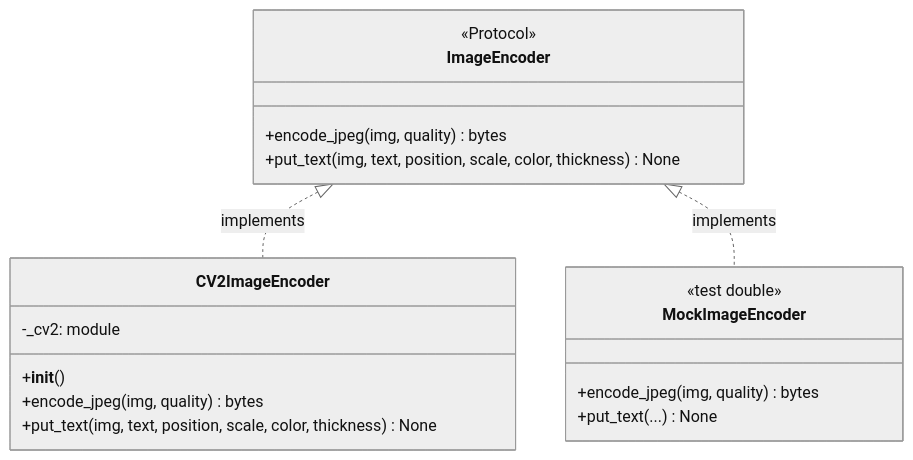
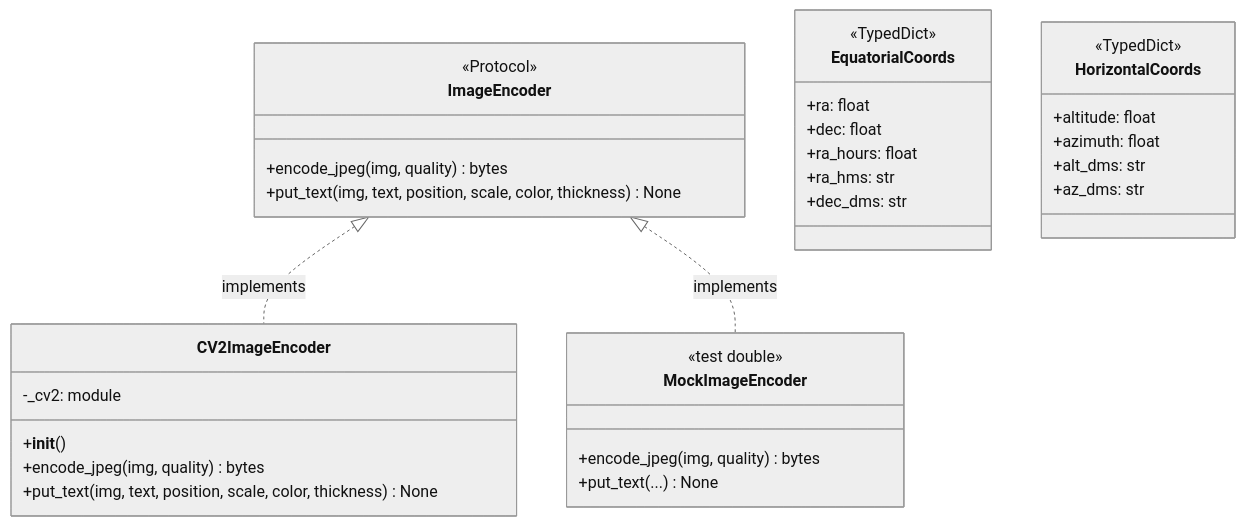
The second of 2 diagrams in src/telescope_mcp/utils/README.md (mgrandau/telescope-mcp), drawn with Mermaid before and after one commit. The commit also changed other lines of this file and 21 other files, not shown here.

````diff
--- a/src/telescope_mcp/utils/README.md
+++ b/src/telescope_mcp/utils/README.md
@@ -228,25 +291,42 @@
 ```mermaid
 %%{init: {'theme': 'neutral'}}%%
 classDiagram
     class ImageEncoder {
         <<Protocol>>
         +encode_jpeg(img, quality) bytes
         +put_text(img, text, position, scale, color, thickness) None
     }
 
     class CV2ImageEncoder {
         -_cv2: module
         +__init__()
         +encode_jpeg(img, quality) bytes
         +put_text(img, text, position, scale, color, thickness) None
     }
 
     class MockImageEncoder {
         <<test double>>
         +encode_jpeg(img, quality) bytes
         +put_text(...) None
     }
 
+    class EquatorialCoords {
+        <<TypedDict>>
+        +ra: float
+        +dec: float
+        +ra_hours: float
+        +ra_hms: str
+        +dec_dms: str
+    }
+
+    class HorizontalCoords {
+        <<TypedDict>>
+        +altitude: float
+        +azimuth: float
+        +alt_dms: str
+        +az_dms: str
+    }
+
     ImageEncoder <|.. CV2ImageEncoder : implements
     ImageEncoder <|.. MockImageEncoder : implements
 ```
````
